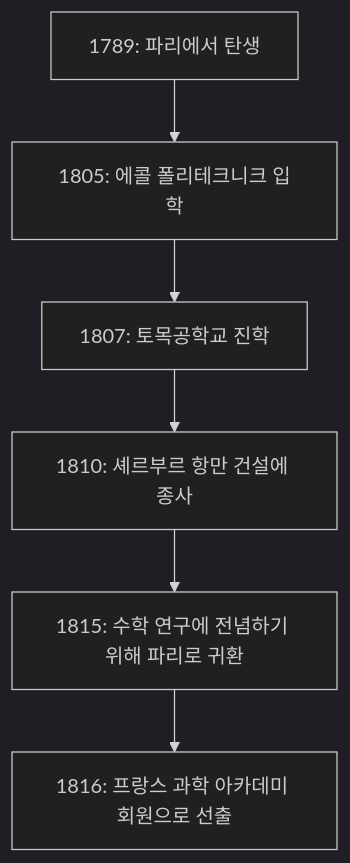
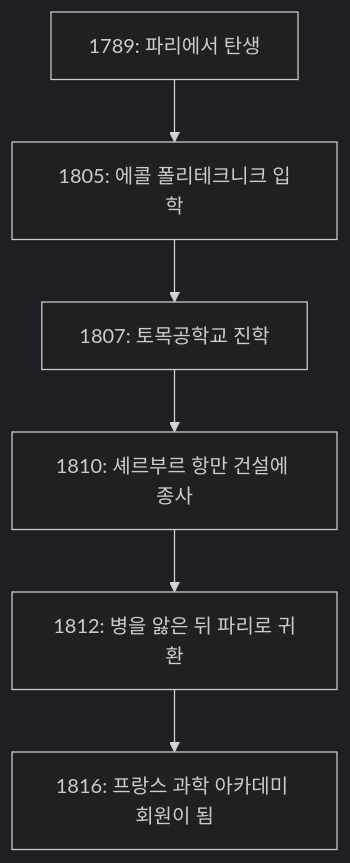
The diagram in content/post/cauchy/index.ko.md (kenjinote/blog), drawn with Mermaid (dark theme) before and after one commit. The commit also changed other lines of this file and 14 other files, not shown here.

````diff
--- a/content/post/cauchy/index.ko.md
+++ b/content/post/cauchy/index.ko.md
@@ -30,8 +30,8 @@
 ```mermaid
 flowchart TD
     A["1789: 파리에서 탄생"] --> B["1805: 에콜 폴리테크니크 입학"]
     B --> C["1807: 토목공학교 진학"]
     C --> D["1810: 셰르부르 항만 건설에 종사"]
-    D --> E["1815: 수학 연구에 전념하기 위해 파리로 귀환"]
-    E --> F["1816: 프랑스 과학 아카데미 회원으로 선출"]
+    D --> E["1812: 병을 앓은 뒤 파리로 귀환"]
+    E --> F["1816: 프랑스 과학 아카데미 회원이 됨"]
 ```
````
